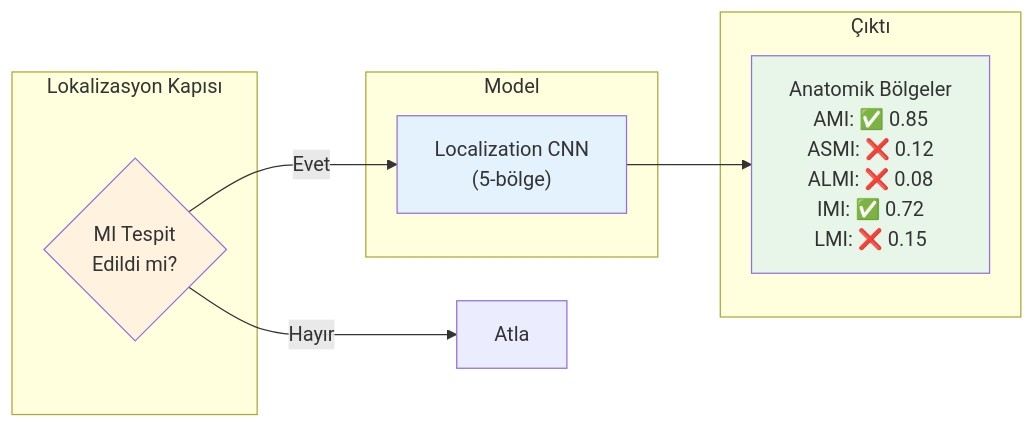
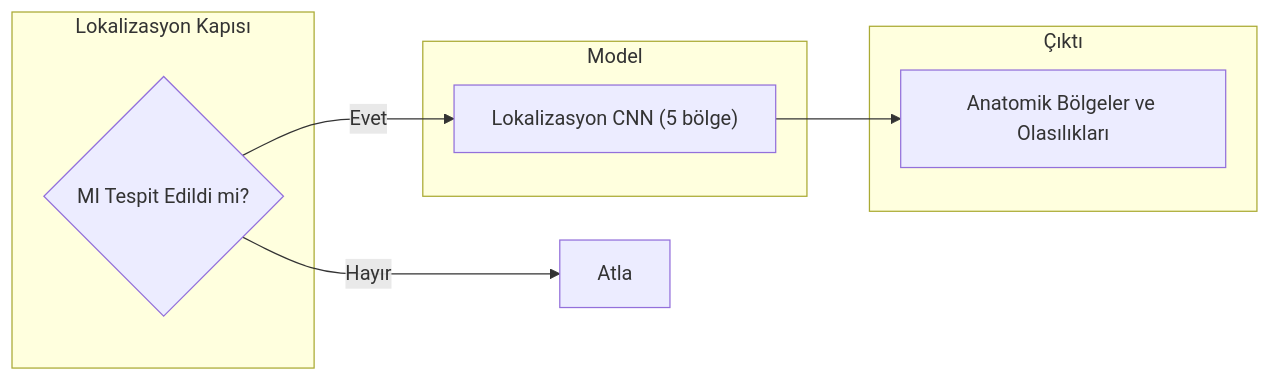
Before and after one commit to mUsaulug/CardioGuard-AI: the fourth of 8 diagrams in docs/diagrams/02_use_case_diagram.md, drawn with Mermaid. The commit also changed other lines of this file and 5 other files, not shown here.

````diff
--- a/docs/diagrams/02_use_case_diagram.md
+++ b/docs/diagrams/02_use_case_diagram.md
@@ -190,22 +193,18 @@
 ```mermaid
 graph LR
-    subgraph Gate["Lokalizasyon Kapısı"]
-        CHECK{MI Tespit<br/>Edildi mi?}
+    subgraph Kapi["Lokalizasyon Kapısı"]
+        CHECK{"MI Tespit Edildi mi?"}
     end
     
     subgraph Model
-        LOC["Localization CNN<br/>(5-bölge)"]
+        LOC["Lokalizasyon CNN (5 bölge)"]
     end
     
-    subgraph Çıktı
-        REGIONS["Anatomik Bölgeler<br/>AMI: ✅ 0.85<br/>ASMI: ❌ 0.12<br/>ALMI: ❌ 0.08<br/>IMI: ✅ 0.72<br/>LMI: ❌ 0.15"]
+    subgraph Cikti["Çıktı"]
+        REGIONS["Anatomik Bölgeler ve Olasılıkları"]
     end
     
     CHECK -->|Evet| LOC
     CHECK -->|Hayır| SKIP["Atla"]
     LOC --> REGIONS
-    
-    style CHECK fill:#fff3e0
-    style LOC fill:#e3f2fd
-    style REGIONS fill:#e8f5e9
 ```
````
